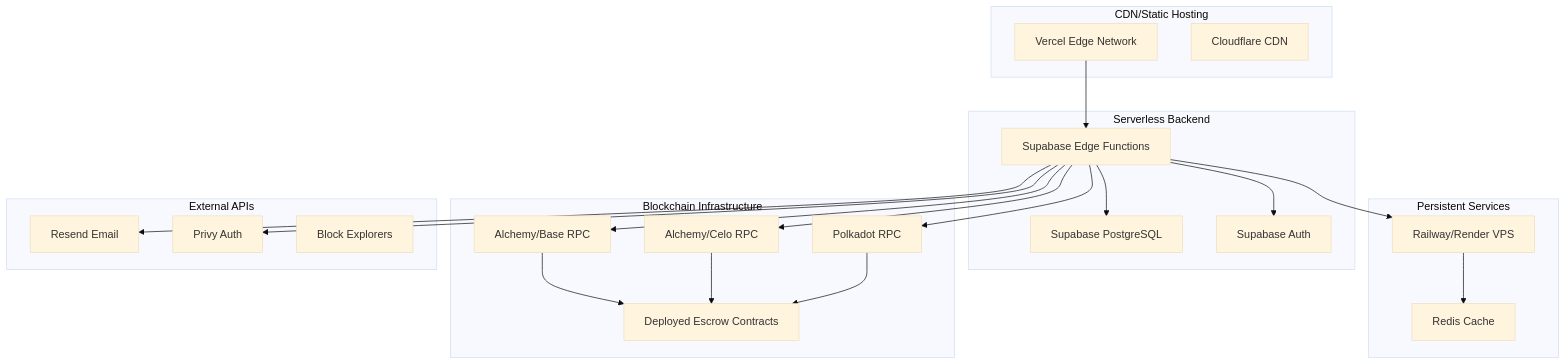
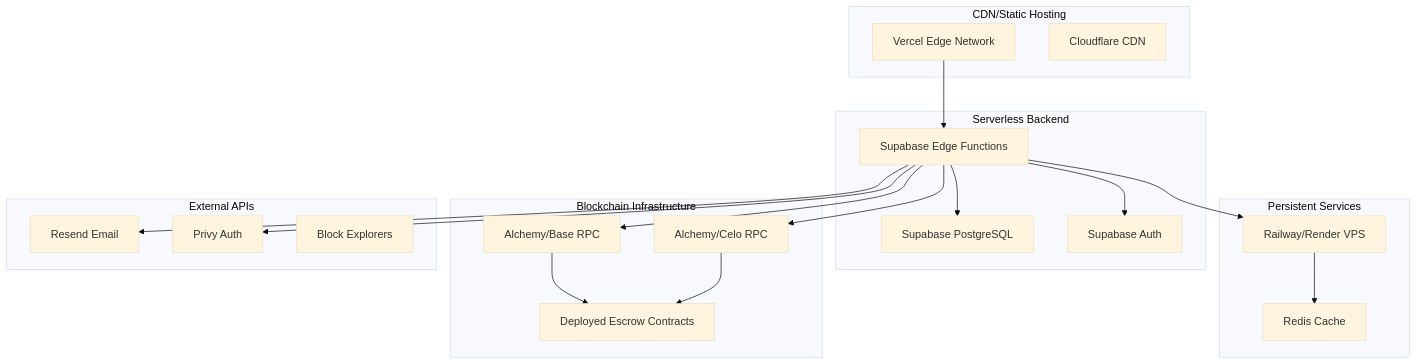
One commit to Mosss-OS/Peys_OS changed the sixth of 7 diagrams in README.md. Above: the diagram before and after it, drawn with Mermaid (base theme). The commit also changed other lines of this file, not shown here.

Commit message:
docs: remove Polkadot references from README

````diff
--- a/README.md
+++ b/README.md
@@ -193,45 +191,42 @@
 ```mermaid
 graph TB
     subgraph "CDN/Static Hosting"
         Vercel[Vercel Edge Network]
         Cloudflare[Cloudflare CDN]
     end
     
     subgraph "Serverless Backend"
         Supabase_Edge[Supabase Edge Functions]
         Supabase_DB[Supabase PostgreSQL]
         Supabase_Auth[Supabase Auth]
     end
     
     subgraph "Persistent Services"
         WhatsApp_Server[Railway/Render VPS]
         Redis_Cache[Redis Cache]
     end
     
     subgraph "Blockchain Infrastructure"
         Base_RPC[Alchemy/Base RPC]
         Celo_RPC[Alchemy/Celo RPC]
-        Polkadot_RPC[Polkadot RPC]
         Smart_Contracts[Deployed Escrow Contracts]
     end
     
     subgraph "External APIs"
         Resend_API[Resend Email]
         Privy_API[Privy Auth]
         Explorer_APIs[Block Explorers]
     end
     
     Vercel --> Supabase_Edge
     Supabase_Edge --> Supabase_DB
     Supabase_Edge --> Supabase_Auth
     Supabase_Edge --> WhatsApp_Server
     WhatsApp_Server --> Redis_Cache
     Supabase_Edge --> Base_RPC
     Supabase_Edge --> Celo_RPC
-    Supabase_Edge --> Polkadot_RPC
     Supabase_Edge --> Resend_API
     Supabase_Edge --> Privy_API
     Base_RPC --> Smart_Contracts
     Celo_RPC --> Smart_Contracts
-    Polkadot_RPC --> Smart_Contracts
 ```
````
